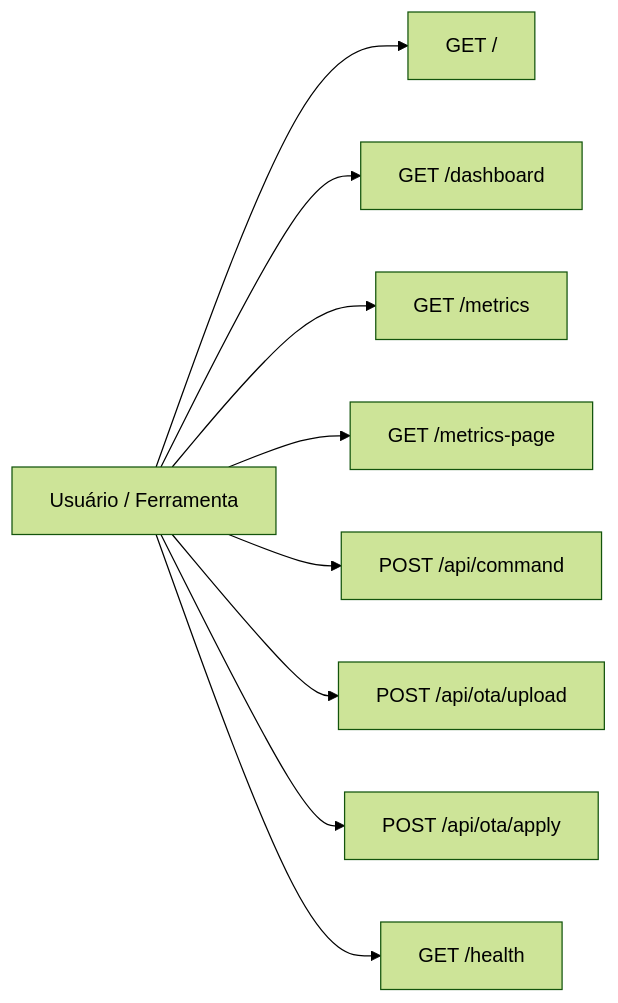
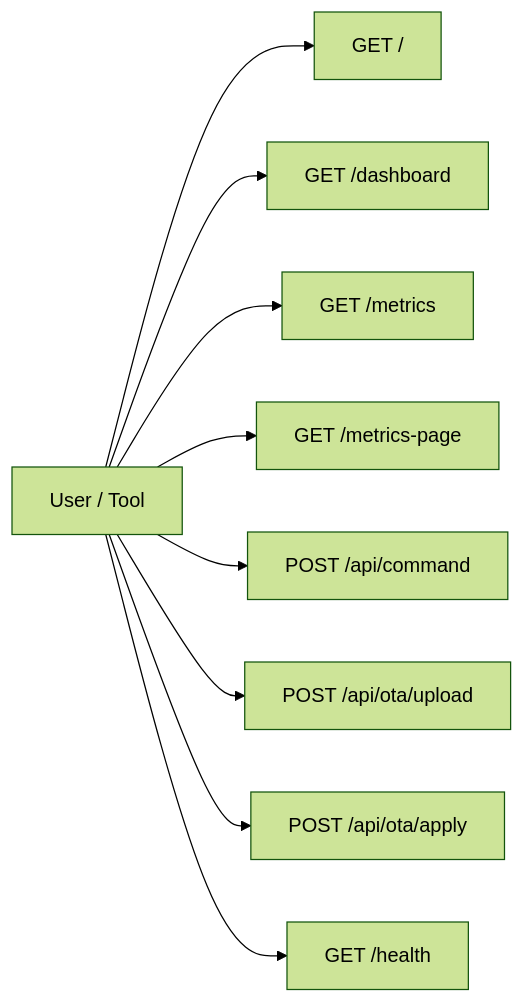
Before and after one commit to paulocfmarques-collab/M5NanoC6_wifi: the third of 5 diagrams in README.md, drawn with Mermaid (forest theme). The commit also changed other lines of this file, not shown here.

````diff
--- a/README.md
+++ b/README.md
@@ -208,11 +208,11 @@
 ```mermaid
 flowchart LR
-    U[Usuário / Ferramenta] --> R1["GET /"]
+    U[User / Tool] --> R1["GET /"]
     U --> R2["GET /dashboard"]
     U --> R3["GET /metrics"]
     U --> R4["GET /metrics-page"]
     U --> R5["POST /api/command"]
     U --> R6["POST /api/ota/upload"]
     U --> R7["POST /api/ota/apply"]
     U --> R8["GET /health"]
 ```
````
